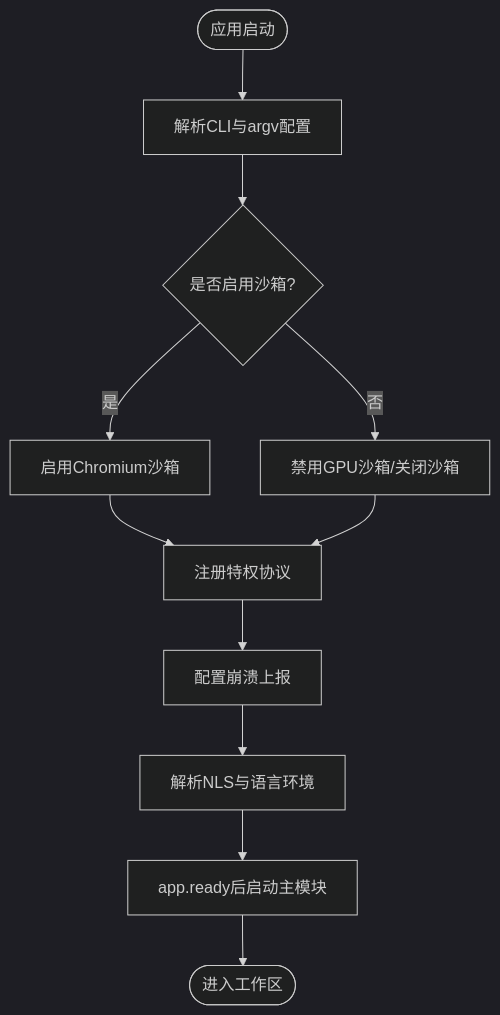
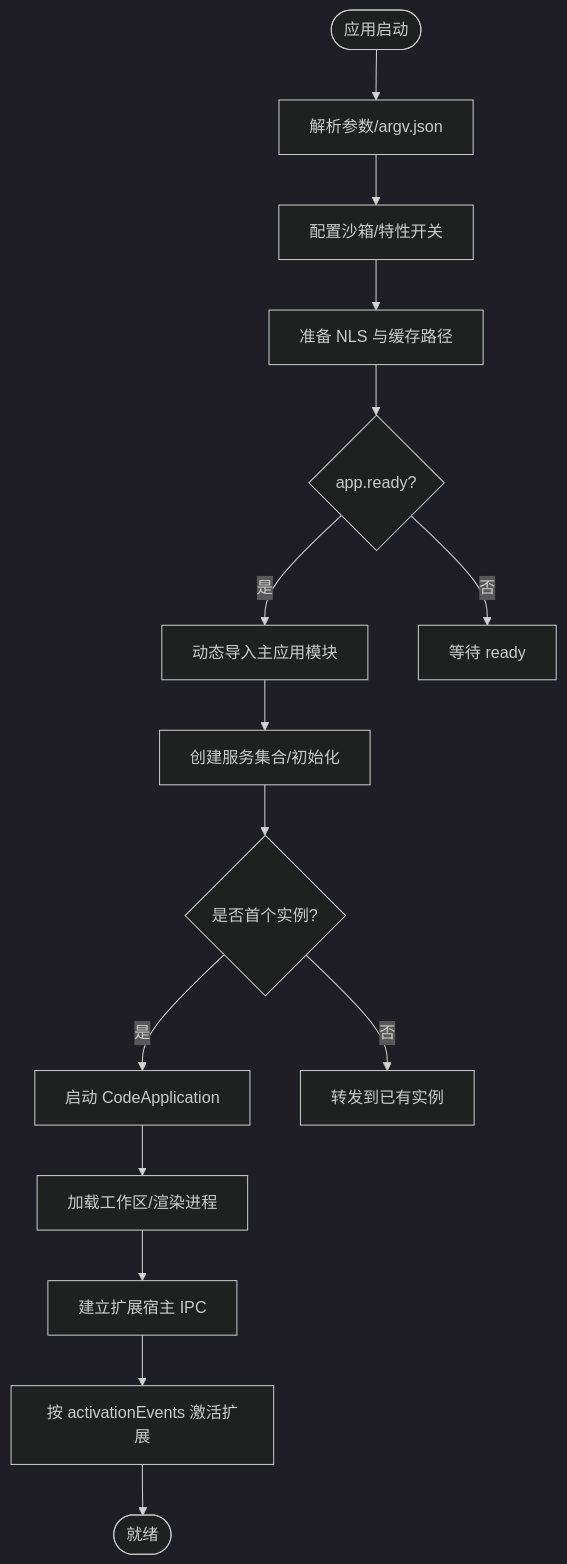
One commit to sofate798/KodrixCode changed the third of 7 diagrams in .qoder/repowiki/zh/content/架构设计/架构设计.md. Above: the diagram before and after it, drawn with Mermaid (dark theme). The commit also changed other lines of this file and 178 other files, not shown here.

````diff
--- a/.qoder/repowiki/zh/content/架构设计/架构设计.md
+++ b/.qoder/repowiki/zh/content/架构设计/架构设计.md
@@ -117,13 +116,17 @@
 ```mermaid
 flowchart TD
-Start(["应用启动"]) --> Parse["解析CLI与argv配置"]
-Parse --> Sandbox{"是否启用沙箱?"}
-Sandbox --> |是| EnableSandbox["启用Chromium沙箱"]
-Sandbox --> |否| DisableSandbox["禁用GPU沙箱/关闭沙箱"]
-EnableSandbox --> Protocols["注册特权协议"]
-DisableSandbox --> Protocols
-Protocols --> Crash["配置崩溃上报"]
-Crash --> NLS["解析NLS与语言环境"]
-NLS --> Ready["app.ready后启动主模块"]
-Ready --> End(["进入工作区"])
+Start(["应用启动"]) --> ParseArgs["解析参数/argv.json"]
+ParseArgs --> Sandbox["配置沙箱/特性开关"]
+Sandbox --> NLS["准备 NLS 与缓存路径"]
+NLS --> Ready{"app.ready?"}
+Ready --> |是| ImportMain["动态导入主应用模块"]
+Ready --> |否| Wait["等待 ready"]
+ImportMain --> Services["创建服务集合/初始化"]
+Services --> Instance{"是否首个实例?"}
+Instance --> |是| LaunchApp["启动 CodeApplication"]
+Instance --> |否| Forward["转发到已有实例"]
+LaunchApp --> Workbench["加载工作区/渲染进程"]
+Workbench --> ExtHost["建立扩展宿主 IPC"]
+ExtHost --> Activate["按 activationEvents 激活扩展"]
+Activate --> End(["就绪"])
 ```
````
